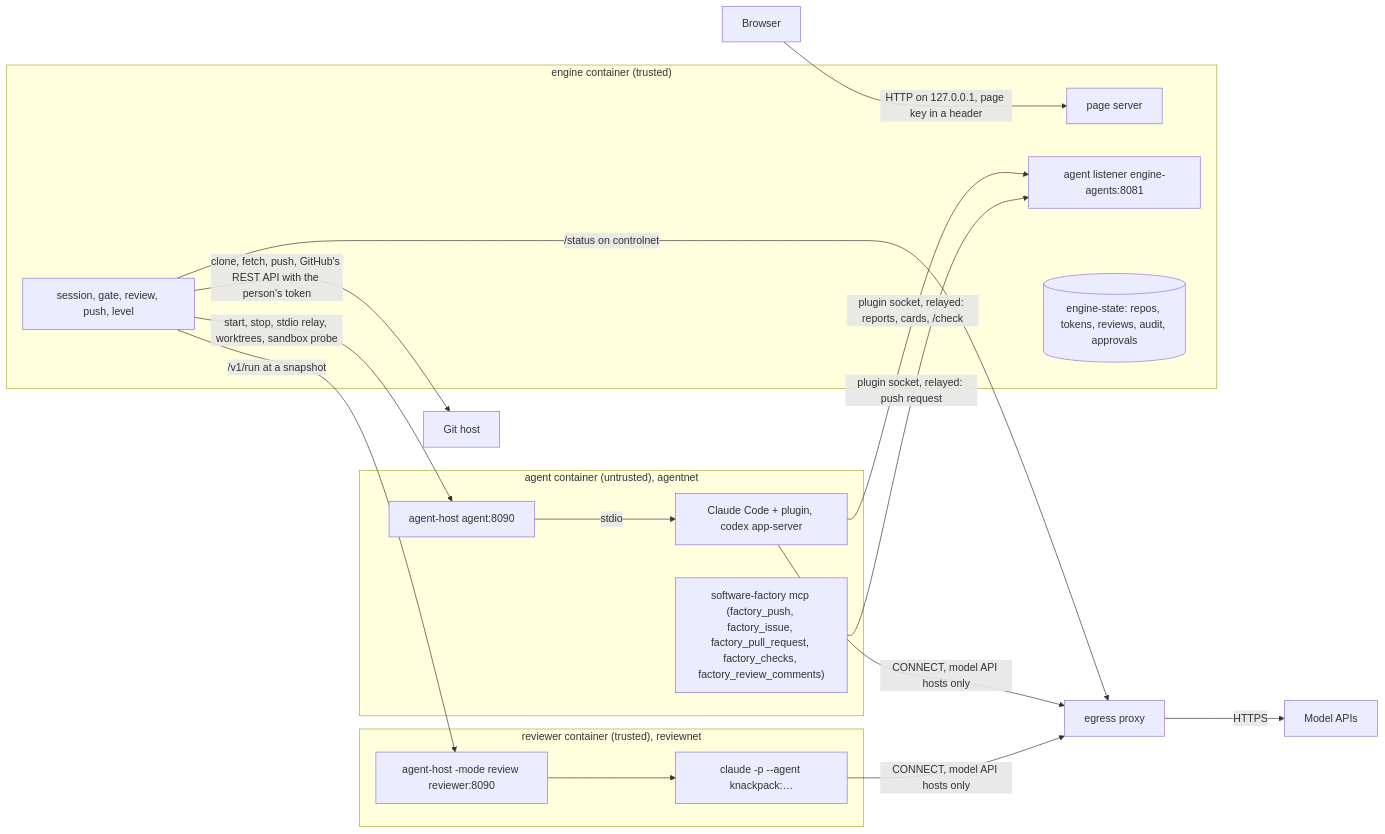
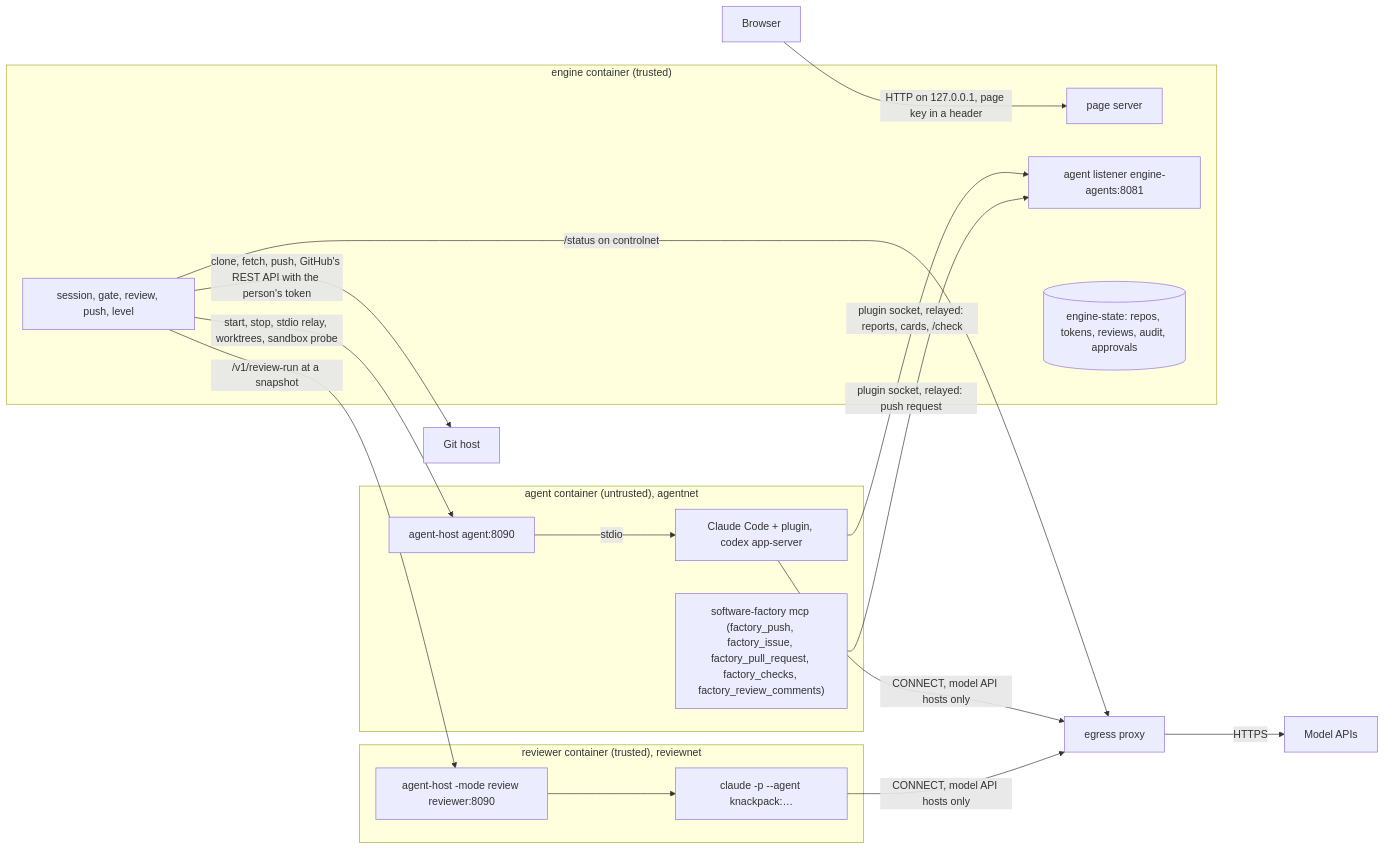
One commit to bezmoradi/software-factory changed the first of 2 diagrams in ARCHITECTURE.md. Above: the diagram before and after it, drawn with Mermaid. The commit also changed other lines of this file and 113 other files, not shown here.

````diff
--- a/ARCHITECTURE.md
+++ b/ARCHITECTURE.md
@@ -13,31 +13,31 @@
 ```mermaid
 flowchart LR
   browser["Browser"] -- "HTTP on 127.0.0.1, page key in a header" --> page
   subgraph engineC["engine container (trusted)"]
     page["page server"]
     core["session, gate, review, push, level"]
     alisten["agent listener engine-agents:8081"]
     state[("engine-state: repos, tokens, reviews, audit, approvals")]
   end
   subgraph agentC["agent container (untrusted), agentnet"]
     host["agent-host agent:8090"]
     agents["Claude Code + plugin, codex app-server"]
     mcp["software-factory mcp (factory_push, factory_issue, factory_pull_request, factory_checks, factory_review_comments)"]
   end
   subgraph reviewC["reviewer container (trusted), reviewnet"]
     rhost["agent-host -mode review reviewer:8090"]
     reviewers["claude -p --agent knackpack:…"]
   end
   egress["egress proxy"]
   core -- "start, stop, stdio relay, worktrees, sandbox probe" --> host
   host -- "stdio" --> agents
   agents -- "plugin socket, relayed: reports, cards, /check" --> alisten
   mcp -- "plugin socket, relayed: push request" --> alisten
-  core -- "/v1/run at a snapshot" --> rhost
+  core -- "/v1/review-run at a snapshot" --> rhost
   rhost --> reviewers
   agents -- "CONNECT, model API hosts only" --> egress
   reviewers -- "CONNECT, model API hosts only" --> egress
   egress -- "HTTPS" --> apis["Model APIs"]
   core -- "clone, fetch, push, GitHub's REST API with the person's token" --> githost["Git host"]
   core -- "/status on controlnet" --> egress
 ```
````
